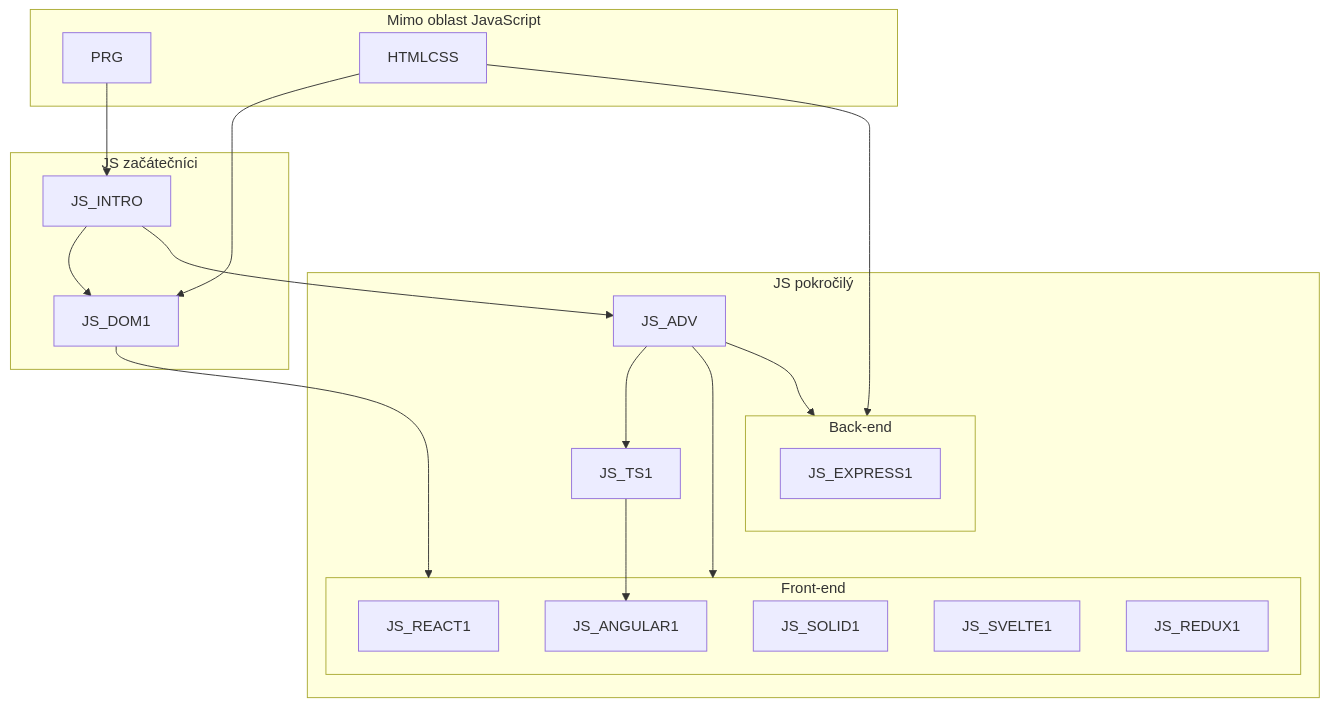
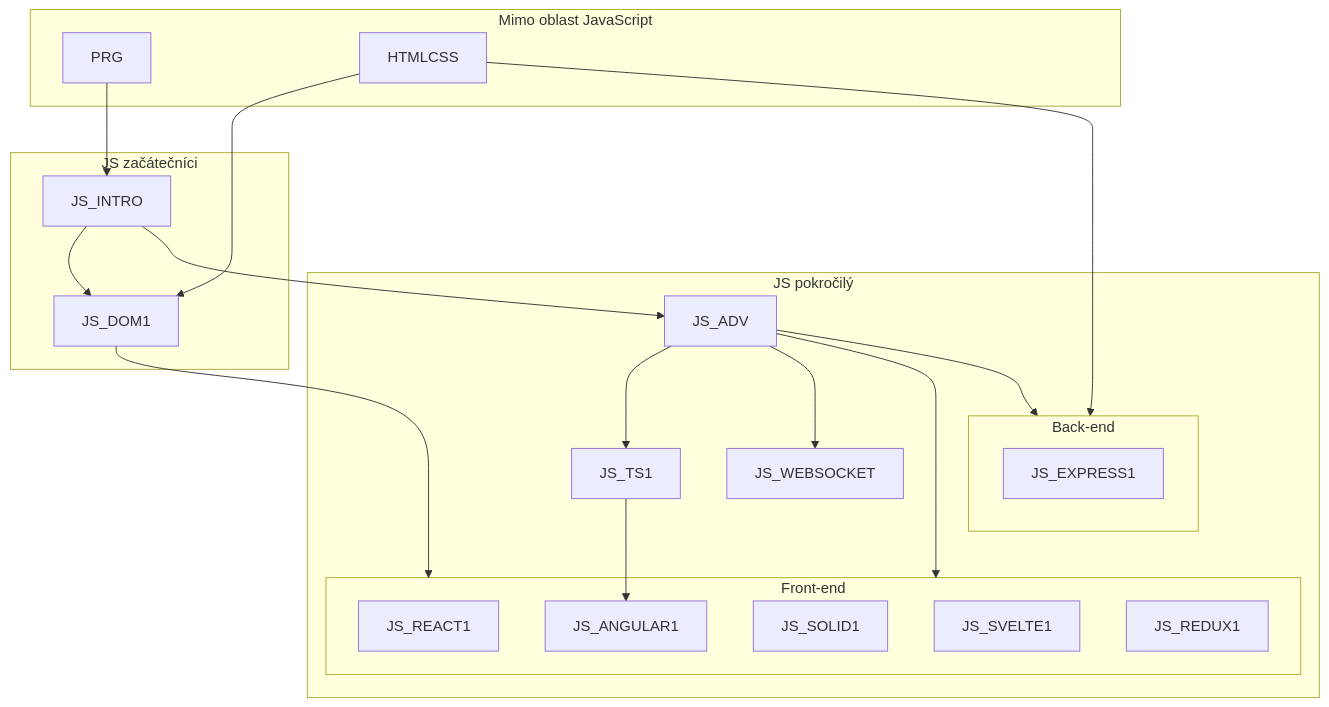
The diagram in map.md (mbradic/gopas-osnovy), drawn with Mermaid before and after one commit. The commit also changed 1 other file, not shown here.

Commit message:
JS_WEBSOCKET - upravena anotace a p5id8no do mapy

````diff
--- a/map.md
+++ b/map.md
@@ -3,35 +3,44 @@
 ```mermaid
 graph TD
     subgraph Mimo oblast JavaScript
         PRG
         HTMLCSS
     end
     subgraph JS začátečníci
         JS_INTRO
         JS_DOM1
     end
     subgraph JS pokročilý
         JS_ADV
         JS_TS1
         subgraph Front-end
             JS_REACT1
             JS_ANGULAR1
             JS_SOLID1
             JS_SVELTE1
             JS_REDUX1            
         end
         subgraph Back-end
             JS_EXPRESS1
         end
+        JS_WEBSOCKET
     end
+
     PRG --> JS_INTRO
     HTMLCSS --> JS_DOM1
+    
+    JS_DOM1 --> Front-end
+    JS_ADV  --> Front-end
+    
+    HTMLCSS --> Back-end
+    JS_ADV  --> Back-end
+    
+    
     JS_INTRO --> JS_DOM1
     JS_INTRO --> JS_ADV
-    JS_DOM1 --> Front-end
-    JS_ADV  --> Front-end
+    
     JS_ADV --> JS_TS1
     JS_TS1 --> JS_ANGULAR1
-    HTMLCSS --> Back-end
-    JS_ADV  --> Back-end
+    
+    JS_ADV --> JS_WEBSOCKET
 ```
````
